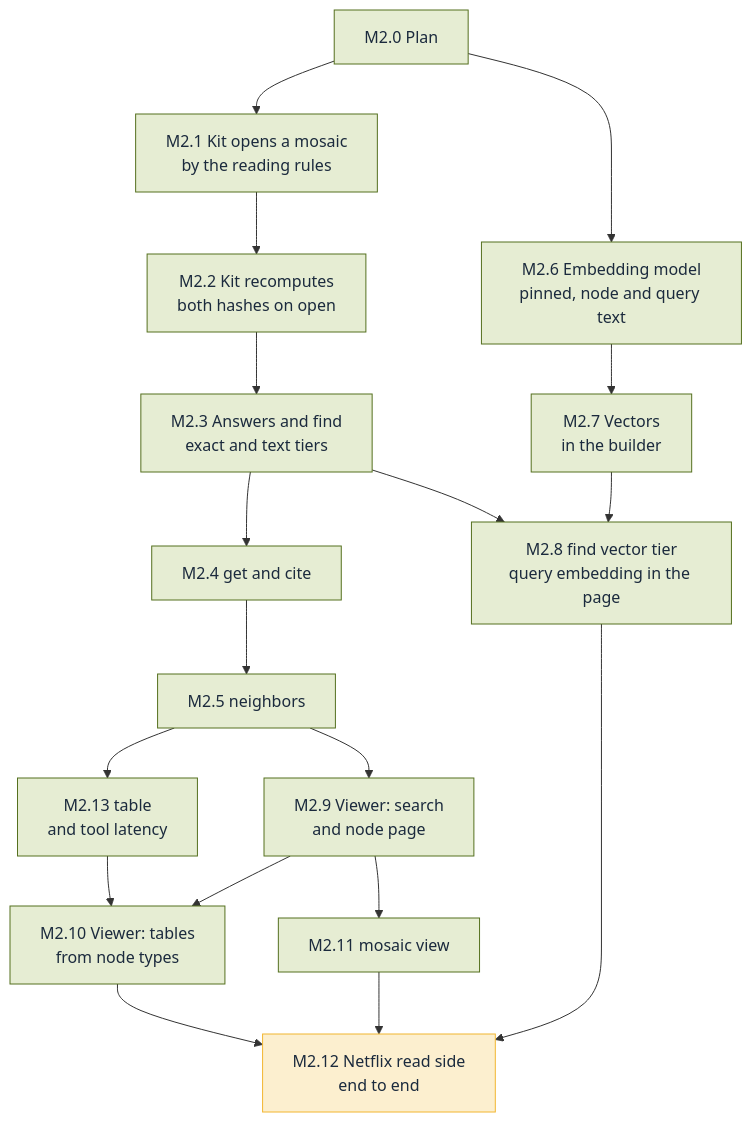
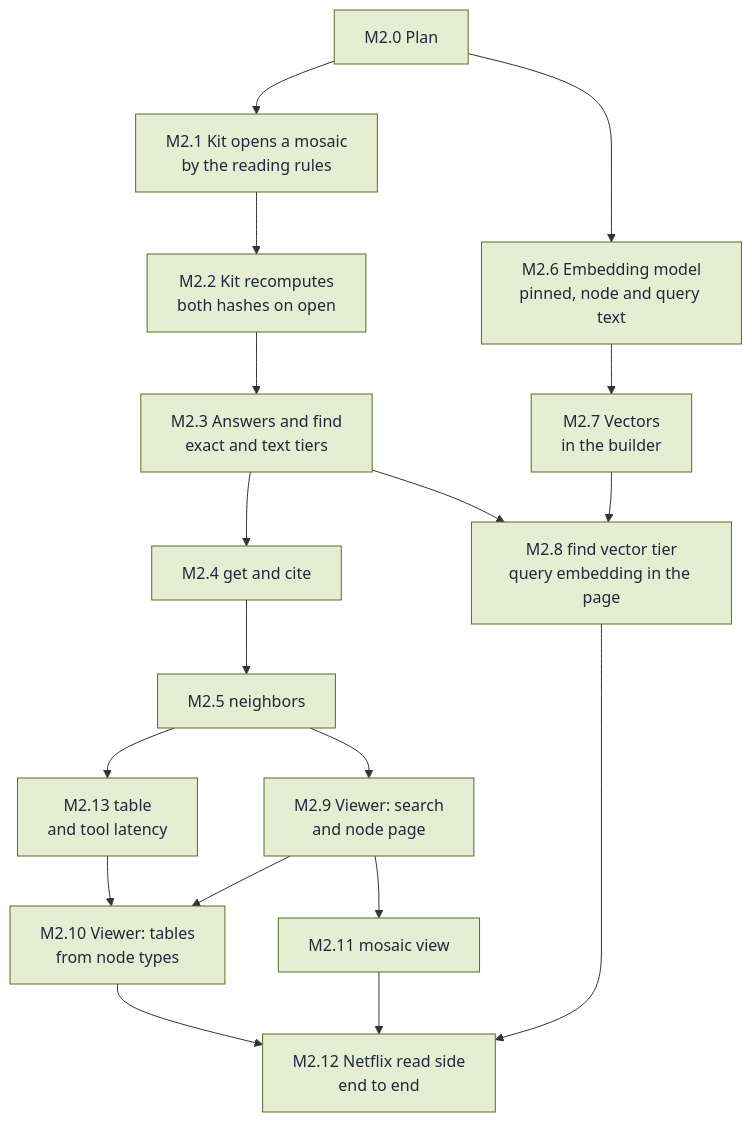
The diagram in plan/M2.md (alcjor/Mosaic), drawn with Mermaid before and after one commit. The commit also changed other lines of this file, not shown here.

First line of the commit message:
M2.12: the plan marks M2.12 done (#117); its Done when items ticked

````diff
--- a/plan/M2.md
+++ b/plan/M2.md
@@ -3,39 +3,38 @@
 ```mermaid
 flowchart TD
   M2_0["M2.0 Plan"]
   M2_1["M2.1 Kit opens a mosaic<br/>by the reading rules"]
   M2_2["M2.2 Kit recomputes<br/>both hashes on open"]
   M2_3["M2.3 Answers and find<br/>exact and text tiers"]
   M2_4["M2.4 get and cite"]
   M2_5["M2.5 neighbors"]
   M2_13["M2.13 table<br/>and tool latency"]
   M2_6["M2.6 Embedding model<br/>pinned, node and query text"]
   M2_7["M2.7 Vectors<br/>in the builder"]
   M2_8["M2.8 find vector tier<br/>query embedding in the page"]
   M2_9["M2.9 Viewer: search<br/>and node page"]
   M2_10["M2.10 Viewer: tables<br/>from node types"]
   M2_11["M2.11 mosaic view"]
   M2_12["M2.12 Netflix read side<br/>end to end"]
   M2_0 --> M2_1
   M2_1 --> M2_2
   M2_2 --> M2_3
   M2_3 --> M2_4
   M2_4 --> M2_5
   M2_5 --> M2_13
   M2_0 --> M2_6
   M2_6 --> M2_7
   M2_3 --> M2_8
   M2_7 --> M2_8
   M2_5 --> M2_9
   M2_9 --> M2_10
   M2_13 --> M2_10
   M2_9 --> M2_11
   M2_8 --> M2_12
   M2_10 --> M2_12
   M2_11 --> M2_12
   classDef done fill:#E6EDD3,stroke:#55701F,color:#1B2A3D
   classDef todo fill:#EAF2FB,stroke:#2F6DB5,color:#1B2A3D
   classDef parked fill:#FCEFCF,stroke:#F2B630,color:#1B2A3D
-  class M2_0,M2_1,M2_2,M2_3,M2_4,M2_5,M2_6,M2_7,M2_8,M2_9,M2_10,M2_11,M2_13 done
-  class M2_12 parked
+  class M2_0,M2_1,M2_2,M2_3,M2_4,M2_5,M2_6,M2_7,M2_8,M2_9,M2_10,M2_11,M2_12,M2_13 done
 ```
````
